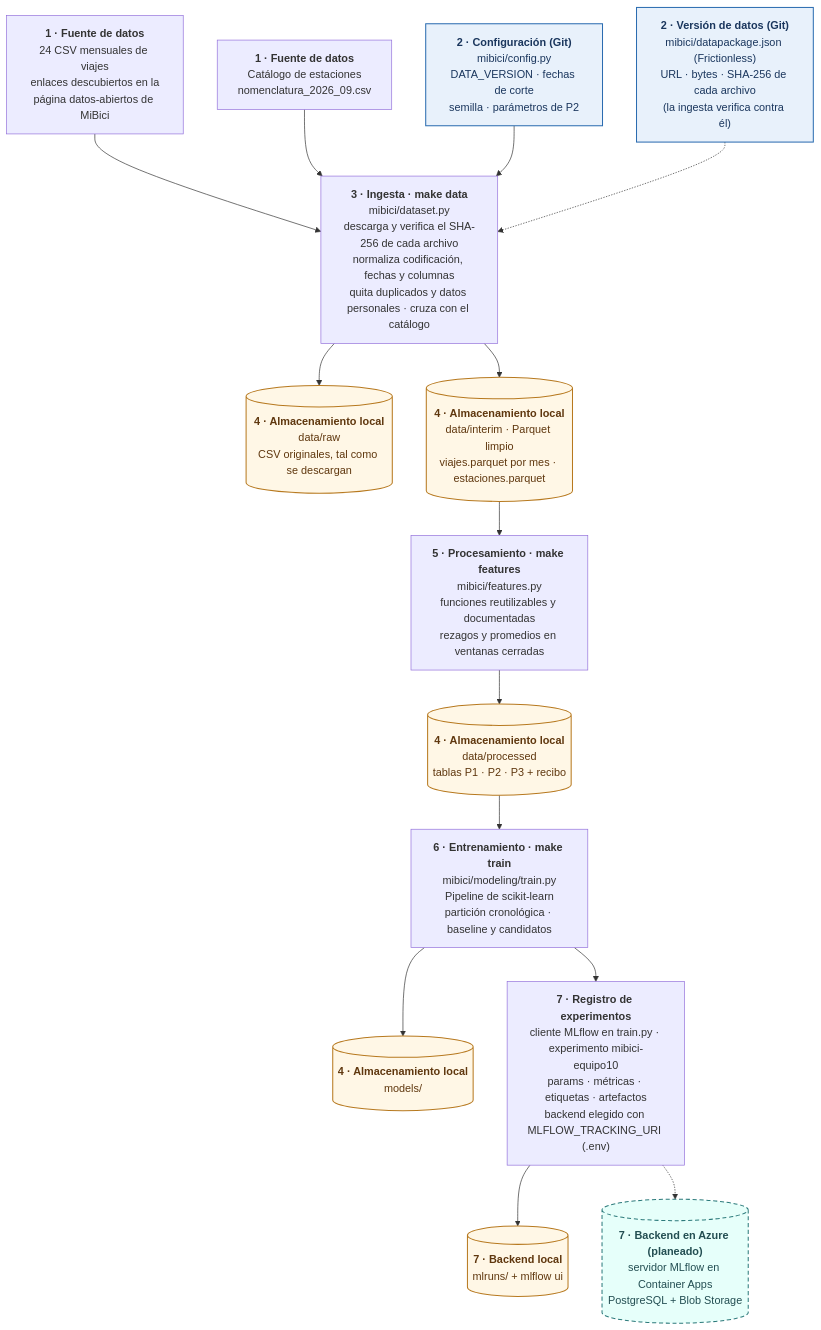
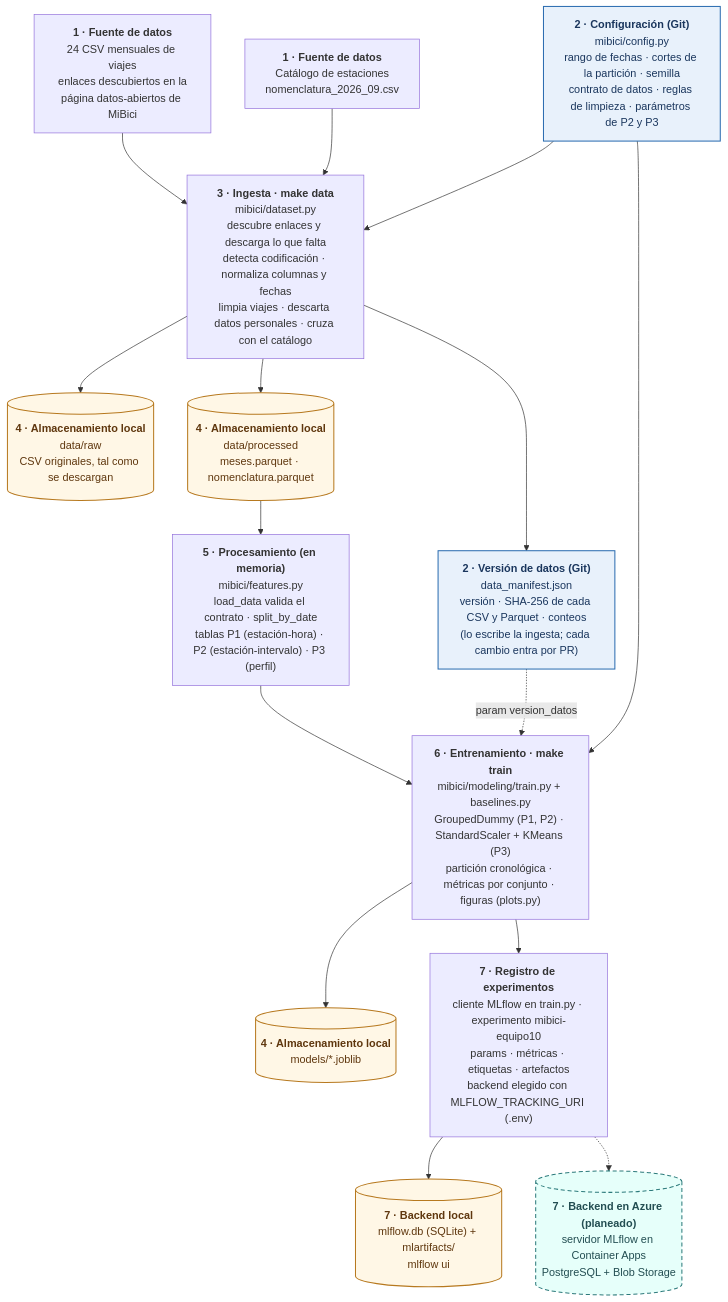
Before and after one commit to WillSagzz/TC5061-Proyecto-Equipo10: the diagram in references/arquitectura.mmd, drawn with Mermaid. The commit also changed 16 other files, not shown here.

First line of the commit message:
docs(entregas): alinea el entregable con el código de los baselines de main

```diff
--- a/references/arquitectura.mmd
+++ b/references/arquitectura.mmd
@@ -1,43 +1,44 @@
 %% Arquitectura del sistema · Proyecto MiBici · TC5061 Equipo 10
 %% Fuente de la Figura 2 de la Entrega 01. Se exporta a arquitectura.png con mermaid-cli (ver docs/entregas/entrega01/README.md).
 %% Colores: azul = versionado en Git · naranja = almacenamiento local fuera de Git · verde punteado = servidor en Azure planeado.
 flowchart TB
 
   CSV["<b>1 · Fuente de datos</b><br/>24 CSV mensuales de viajes<br/>enlaces descubiertos en la<br/>página datos-abiertos de MiBici"]
   NOM["<b>1 · Fuente de datos</b><br/>Catálogo de estaciones<br/>nomenclatura_2026_09.csv"]
-  CFG["<b>2 · Configuración (Git)</b><br/>mibici/config.py<br/>DATA_VERSION · fechas de corte<br/>semilla · parámetros de P2"]
-  MAN["<b>2 · Versión de datos (Git)</b><br/>mibici/datapackage.json (Frictionless)<br/>URL · bytes · SHA-256 de cada archivo<br/>(la ingesta verifica contra él)"]
+  CFG["<b>2 · Configuración (Git)</b><br/>mibici/config.py<br/>rango de fechas · cortes de la partición · semilla<br/>contrato de datos · reglas de limpieza · parámetros de P2 y P3"]
+  MAN["<b>2 · Versión de datos (Git)</b><br/>data_manifest.json<br/>versión · SHA-256 de cada CSV y Parquet · conteos<br/>(lo escribe la ingesta; cada cambio entra por PR)"]
 
-  INGEST["<b>3 · Ingesta · make data</b><br/>mibici/dataset.py<br/>descarga y verifica el SHA-256 de cada archivo<br/>normaliza codificación, fechas y columnas<br/>quita duplicados y datos personales · cruza con el catálogo"]
+  INGEST["<b>3 · Ingesta · make data</b><br/>mibici/dataset.py<br/>descubre enlaces y descarga lo que falta<br/>detecta codificación · normaliza columnas y fechas<br/>limpia viajes · descarta datos personales · cruza con el catálogo"]
 
   RAW[("<b>4 · Almacenamiento local</b><br/>data/raw<br/>CSV originales, tal como se descargan")]
-  INTERIM[("<b>4 · Almacenamiento local</b><br/>data/interim · Parquet limpio<br/>viajes.parquet por mes · estaciones.parquet")]
+  PROC[("<b>4 · Almacenamiento local</b><br/>data/processed<br/>meses.parquet · nomenclatura.parquet")]
 
-  FEAT["<b>5 · Procesamiento · make features</b><br/>mibici/features.py<br/>funciones reutilizables y documentadas<br/>rezagos y promedios en ventanas cerradas"]
-  PROC[("<b>4 · Almacenamiento local</b><br/>data/processed<br/>tablas P1 · P2 · P3 + recibo")]
+  FEAT["<b>5 · Procesamiento (en memoria)</b><br/>mibici/features.py<br/>load_data valida el contrato · split_by_date<br/>tablas P1 (estación-hora) · P2 (estación-intervalo) · P3 (perfil)"]
 
-  TRAIN["<b>6 · Entrenamiento · make train</b><br/>mibici/modeling/train.py<br/>Pipeline de scikit-learn<br/>partición cronológica · baseline y candidatos"]
-  MODELS[("<b>4 · Almacenamiento local</b><br/>models/")]
+  TRAIN["<b>6 · Entrenamiento · make train</b><br/>mibici/modeling/train.py + baselines.py<br/>GroupedDummy (P1, P2) · StandardScaler + KMeans (P3)<br/>partición cronológica · métricas por conjunto · figuras (plots.py)"]
+  MODELS[("<b>4 · Almacenamiento local</b><br/>models/*.joblib")]
 
   CLIENT["<b>7 · Registro de experimentos</b><br/>cliente MLflow en train.py · experimento mibici-equipo10<br/>params · métricas · etiquetas · artefactos<br/>backend elegido con MLFLOW_TRACKING_URI (.env)"]
-  LOCAL[("<b>7 · Backend local</b><br/>mlruns/ + mlflow ui")]
+  LOCAL[("<b>7 · Backend local</b><br/>mlflow.db (SQLite) + mlartifacts/<br/>mlflow ui")]
   AZURE[("<b>7 · Backend en Azure (planeado)</b><br/>servidor MLflow en Container Apps<br/>PostgreSQL + Blob Storage")]
 
   CSV --> INGEST
   NOM --> INGEST
   CFG --> INGEST
-  MAN -.-> INGEST
   INGEST --> RAW
-  INGEST --> INTERIM
-  INTERIM --> FEAT --> PROC --> TRAIN
+  INGEST --> PROC
+  INGEST --> MAN
+  PROC --> FEAT --> TRAIN
+  CFG --> TRAIN
+  MAN -. "param version_datos" .-> TRAIN
   TRAIN --> MODELS
   TRAIN --> CLIENT
   CLIENT --> LOCAL
   CLIENT -.-> AZURE
 
   classDef git fill:#e8f1fb,stroke:#2b6cb0,stroke-width:1.5px,color:#1a365d
   classDef local fill:#fff7e6,stroke:#b7791f,stroke-width:1.5px,color:#5f370e
   classDef cloud fill:#e6fffa,stroke:#2c7a7b,stroke-width:1.5px,color:#234e52,stroke-dasharray:6 4
   class CFG,MAN git
-  class RAW,INTERIM,PROC,MODELS,LOCAL local
+  class RAW,PROC,MODELS,LOCAL local
   class AZURE cloud
```
